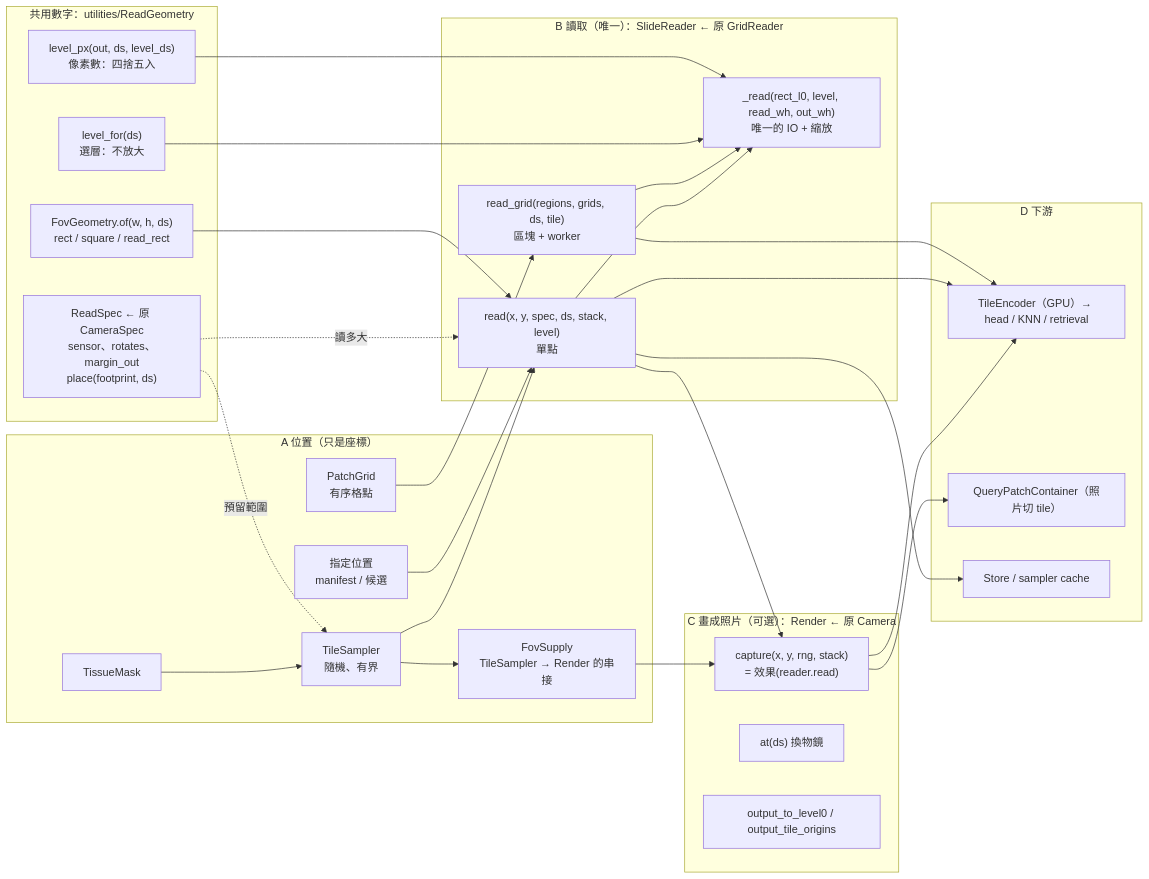
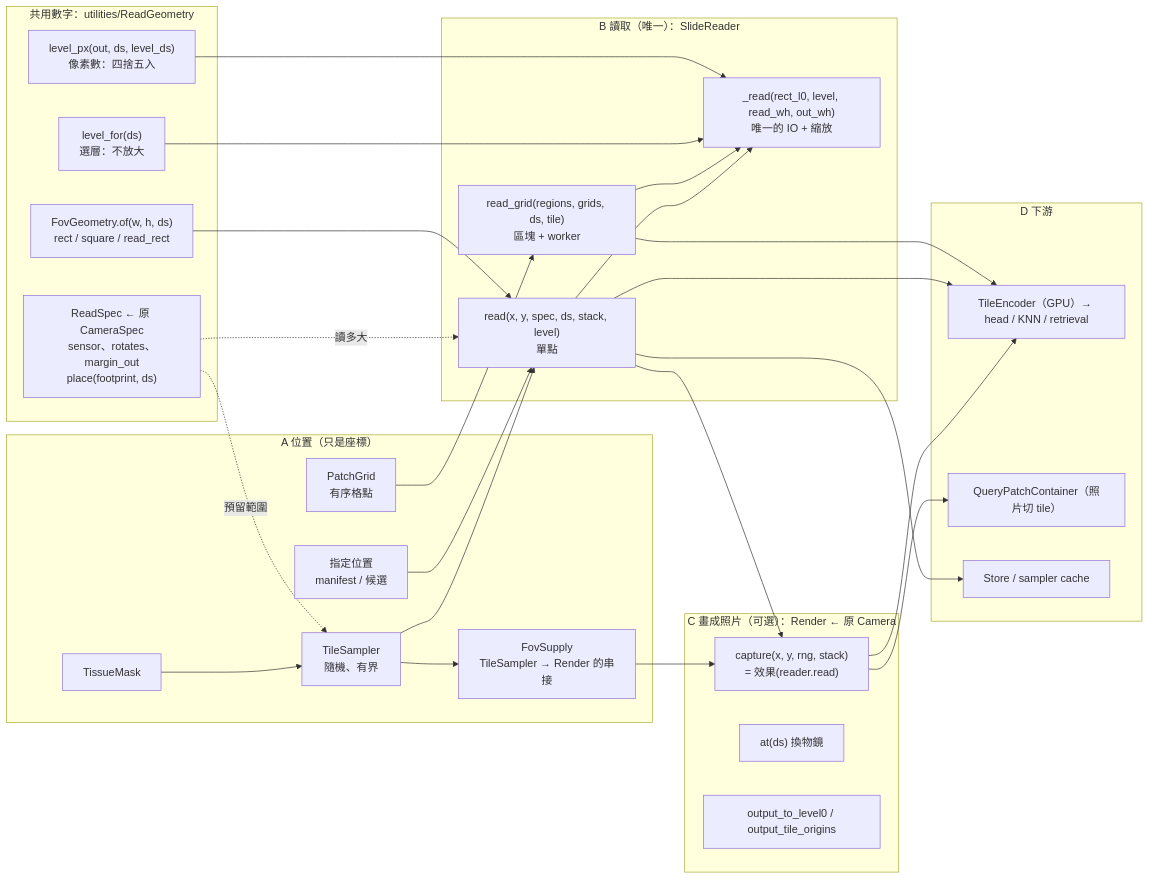
One commit to Avanti-MH/LocaScope changed the diagram in ARCHITECTURE.md. Above: the diagram before and after it, drawn with Mermaid. The commit also changed other lines of this file and 5 other files, not shown here.

First line of the commit message:
docs: sync ARCHITECTURE, LocaScope, query_sim, stage 1 and stage 3 docs with the code

````diff
--- a/ARCHITECTURE.md
+++ b/ARCHITECTURE.md
@@ -44,53 +44,53 @@
 ```mermaid
 flowchart LR
   subgraph G["共用數字：utilities/ReadGeometry"]
     LF["level_for(ds)<br/>選層：不放大"]
     LP["level_px(out, ds, level_ds)<br/>像素數：四捨五入"]
     FG["FovGeometry.of(w, h, ds)<br/>rect / square / read_rect"]
     RS["ReadSpec ← 原 CameraSpec<br/>sensor、rotates、margin_out<br/>place(footprint, ds)"]
   end
 
   subgraph A["A 位置（只是座標）"]
     TM["TissueMask"] --> TS["TileSampler<br/>隨機、有界"]
     FS["FovSupply<br/>TileSampler → Render 的串接"]
     PG["PatchGrid<br/>有序格點"]
     GV["指定位置<br/>manifest / 候選"]
   end
 
-  subgraph B["B 讀取（唯一）：SlideReader ← 原 GridReader"]
+  subgraph B["B 讀取（唯一）：SlideReader"]
     RD["read(x, y, spec, ds, stack, level)<br/>單點"]
     RG["read_grid(regions, grids, ds, tile)<br/>區塊 + worker"]
     PR["_read(rect_l0, level, read_wh, out_wh)<br/>唯一的 IO + 縮放"]
     RD --> PR
     RG --> PR
   end
 
   subgraph C["C 畫成照片（可選）：Render ← 原 Camera"]
     CP["capture(x, y, rng, stack)<br/>= 效果(reader.read)"]
     AT["at(ds) 換物鏡"]
     GT["output_to_level0 / output_tile_origins"]
   end
 
   subgraph D["D 下游"]
     EN["TileEncoder（GPU）→ head / KNN / retrieval"]
     QP["QueryPatchContainer（照片切 tile）"]
     ST["Store / sampler cache"]
   end
 
   RS -. 預留範圍 .-> TS
   RS -. 讀多大 .-> RD
   LF --> PR
   LP --> PR
   FG --> RD
   TS --> RD
   TS --> FS
   FS --> CP
   GV --> RD
   PG --> RG
   RD --> CP
   CP --> EN
   CP --> QP
   RD --> EN
   RD --> ST
   RG --> EN
 ```
````
